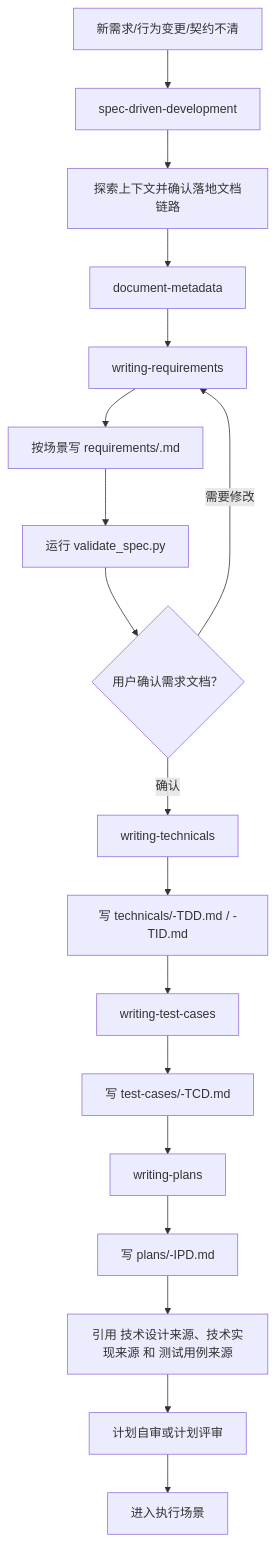
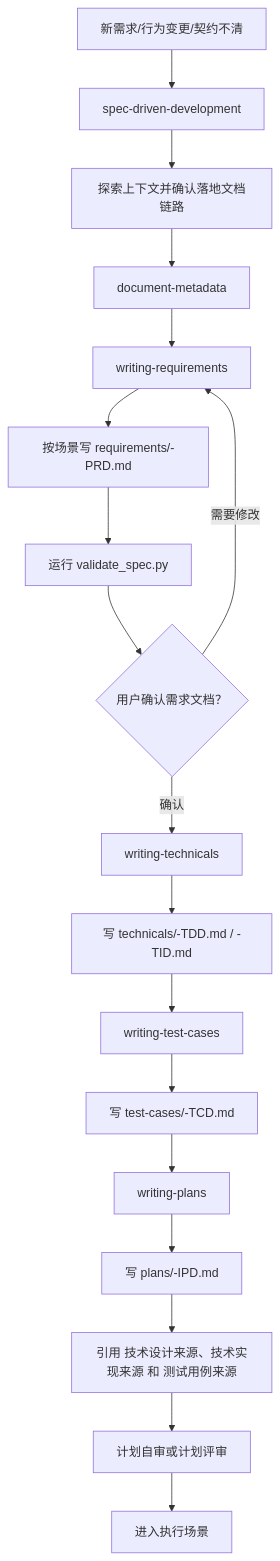
One commit to Vincen-dev/coding-plugins changed the third of 11 diagrams in docs/workflow-chain.md. Above: the diagram before and after it, drawn with Mermaid. The commit also changed other lines of this file and 11 other files, not shown here.

````diff
--- a/docs/workflow-chain.md
+++ b/docs/workflow-chain.md
@@ -186,20 +186,20 @@
 ```mermaid
 flowchart TD
   A["新需求/行为变更/契约不清"] --> B["spec-driven-development"]
   B --> C["探索上下文并确认落地文档链路"]
   C --> META["document-metadata"]
   META --> D["writing-requirements"]
-  D --> E["按场景写 requirements/<spec-kind>.md"]
+  D --> E["按场景写 requirements/<feature-name>-PRD.md"]
   E --> F["运行 validate_spec.py"]
   F --> G{"用户确认需求文档？"}
   G -->|需要修改| D
   G -->|确认| TD["writing-technicals"]
   TD --> H["写 technicals/<feature-name>-TDD.md / <feature-name>-TID.md"]
   H --> TC["writing-test-cases"]
   TC --> I["写 test-cases/<feature-name>-TCD.md"]
   I --> PLAN["writing-plans"]
   PLAN --> J["写 plans/<feature-name>-IPD.md"]
   J --> K["引用 技术设计来源、技术实现来源 和 测试用例来源"]
   K --> L["计划自审或计划评审"]
   L --> M["进入执行场景"]
 ```
````
